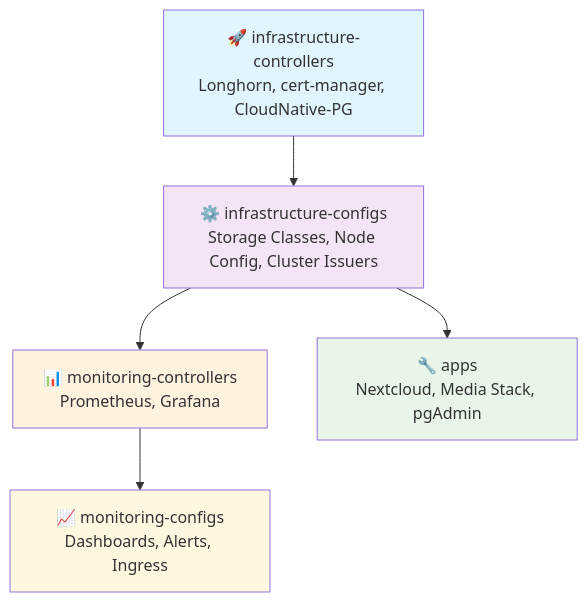
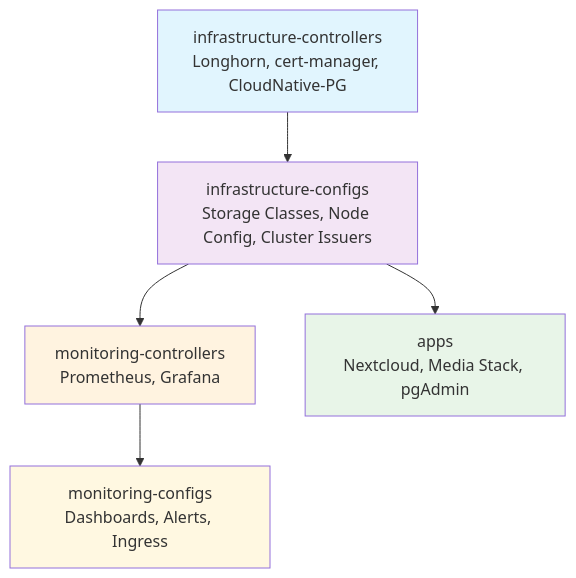
One commit to Justin-De-Sio/homelab changed the diagram in README.md. Above: the diagram before and after it, drawn with Mermaid. The commit also changed other lines of this file, not shown here.

First line of the commit message:
Revise architecture sections and update diagrams

````diff
--- a/README.md
+++ b/README.md
@@ -112,19 +87,19 @@
 ```mermaid
 graph TD
-    A[🚀 infrastructure-controllers<br/>Longhorn, cert-manager, CloudNative-PG] 
-    B[⚙️ infrastructure-configs<br/>Storage Classes, Node Config, Cluster Issuers]
-    C[📊 monitoring-controllers<br/>Prometheus, Grafana]
-    D[📈 monitoring-configs<br/>Dashboards, Alerts, Ingress]
-    E[🔧 apps<br/>Nextcloud, Media Stack, pgAdmin]
+    A[infrastructure-controllers<br/>Longhorn, cert-manager, CloudNative-PG] 
+    B[infrastructure-configs<br/>Storage Classes, Node Config, Cluster Issuers]
+    C[monitoring-controllers<br/>Prometheus, Grafana]
+    D[monitoring-configs<br/>Dashboards, Alerts, Ingress]
+    E[apps<br/>Nextcloud, Media Stack, pgAdmin]
 
     A --> B
     B --> C
     B --> E
     C --> D
 
     style A fill:#e1f5fe
     style B fill:#f3e5f5
     style C fill:#fff3e0
     style D fill:#fff8e1
     style E fill:#e8f5e8
 ```
````
